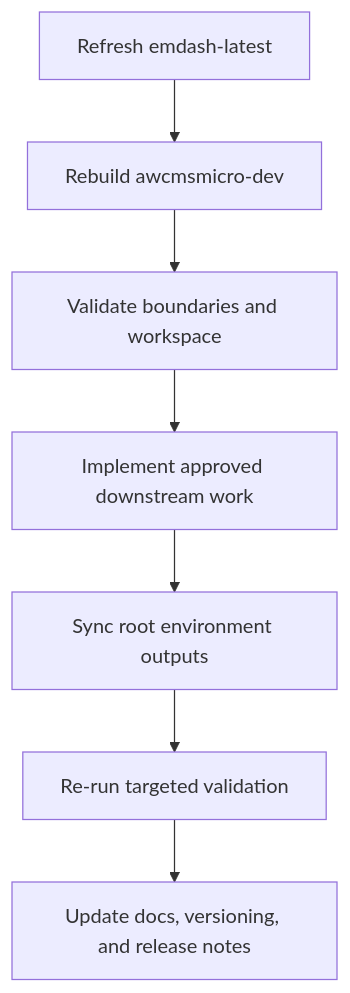
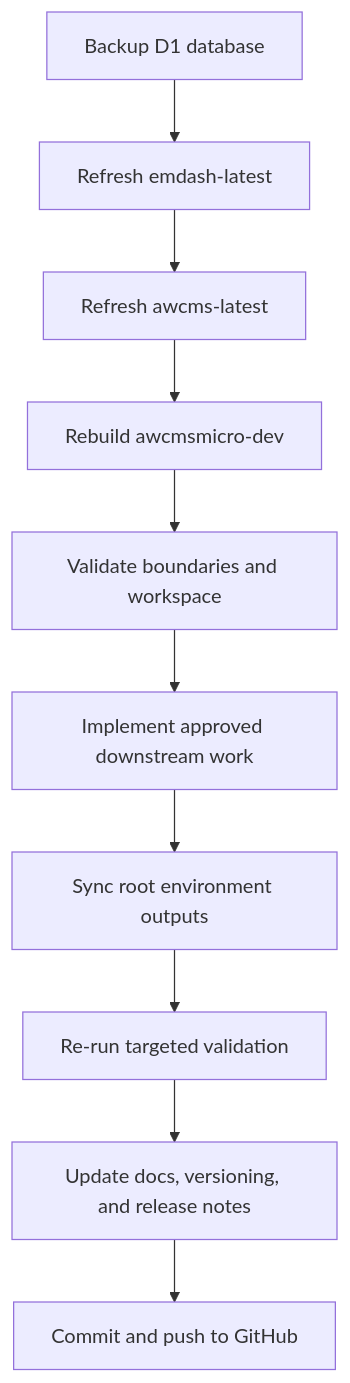
One commit to ahliweb/satusehatkobar changed the diagram in docs/operator-workflow.md. Above: the diagram before and after it, drawn with Mermaid. The commit also changed other lines of this file and 6651 other files, not shown here.

````diff
--- a/docs/operator-workflow.md
+++ b/docs/operator-workflow.md
@@ -9,9 +9,12 @@
 ```mermaid
 flowchart TD
-    A[Refresh emdash-latest] --> B[Rebuild awcmsmicro-dev]
-    B --> C[Validate boundaries and workspace]
-    C --> D[Implement approved downstream work]
-    D --> E[Sync root environment outputs]
-    E --> F[Re-run targeted validation]
-    F --> G[Update docs, versioning, and release notes]
+    A[Backup D1 database] --> B[Refresh emdash-latest]
+    B --> B2[Refresh awcms-latest]
+    B2 --> C[Rebuild awcmsmicro-dev]
+    C --> D[Validate boundaries and workspace]
+    D --> E[Implement approved downstream work]
+    E --> F[Sync root environment outputs]
+    F --> G[Re-run targeted validation]
+    G --> H[Update docs, versioning, and release notes]
+    H --> I[Commit and push to GitHub]
 ```
````
